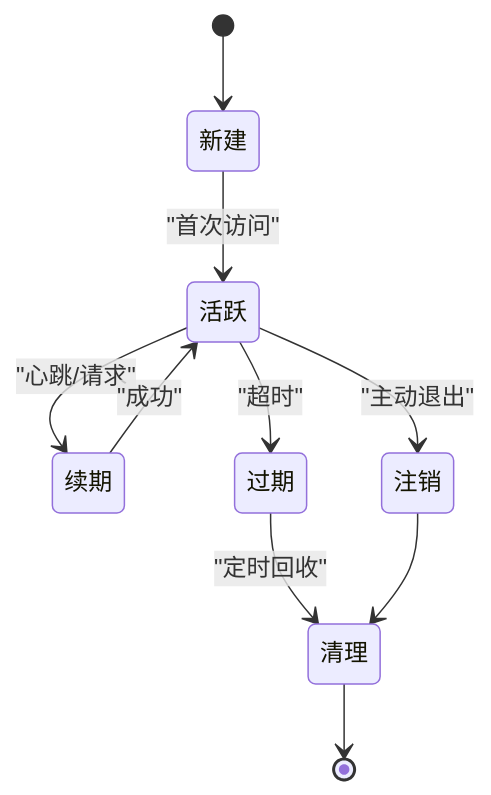
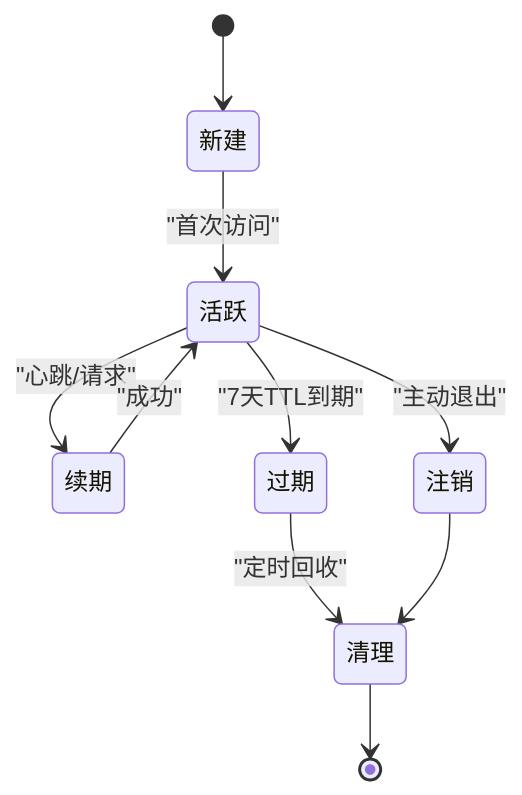
Before and after one commit to kkutysllb/KCoder: the sixth of 7 diagrams in .qoder/repowiki/zh/content/适配器层/网络适配器/网络安全机制/身份认证机制.md, drawn with Mermaid. The commit also changed other lines of this file and 141 other files, not shown here.

````diff
--- a/.qoder/repowiki/zh/content/适配器层/网络适配器/网络安全机制/身份认证机制.md
+++ b/.qoder/repowiki/zh/content/适配器层/网络适配器/网络安全机制/身份认证机制.md
@@ -216,12 +233,12 @@
 ```mermaid
 stateDiagram-v2
 [*] --> 新建
 新建 --> 活跃 : "首次访问"
 活跃 --> 续期 : "心跳/请求"
 续期 --> 活跃 : "成功"
-活跃 --> 过期 : "超时"
+活跃 --> 过期 : "7天TTL到期"
 过期 --> 清理 : "定时回收"
 清理 --> [*]
 活跃 --> 注销 : "主动退出"
 注销 --> 清理
 ```
````
